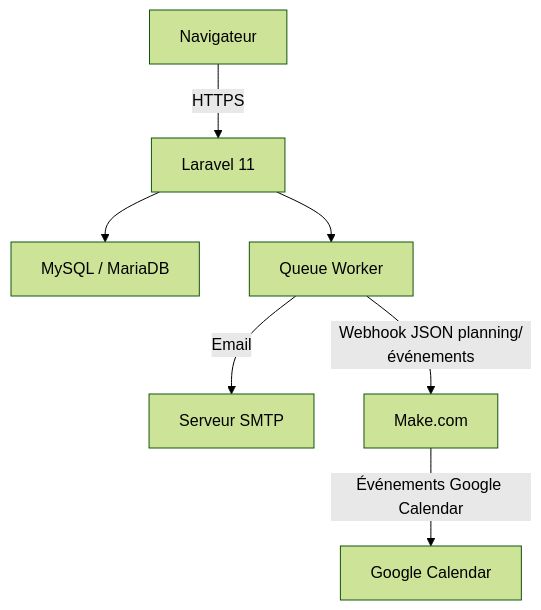
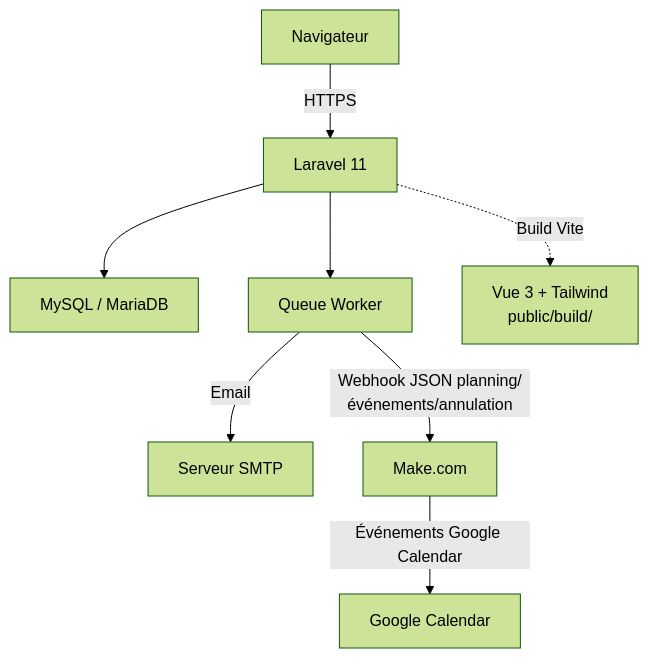
Before and after one commit to Djallel93/amana_web_planning: the first of 13 diagrams in README.md, drawn with Mermaid (forest theme). The commit also changed other lines of this file and 30 other files, not shown here.

First line of the commit message:
feat(planning): add AnnulationCoursModal for course cancellation management

````diff
--- a/README.md
+++ b/README.md
@@ -60,9 +62,10 @@
 ```mermaid
 graph TD
     A[Navigateur] -->|HTTPS| B[Laravel 11]
     B --> C[MySQL / MariaDB]
     B --> D[Queue Worker]
     D -->|Email| E[Serveur SMTP]
-    D -->|Webhook JSON planning/événements| F[Make.com]
+    D -->|Webhook JSON planning/événements/annulation| F[Make.com]
     F -->|Événements Google Calendar| G[Google Calendar]
+    B -.->|Build Vite| H[Vue 3 + Tailwind\npublic/build/]
 ```
````
